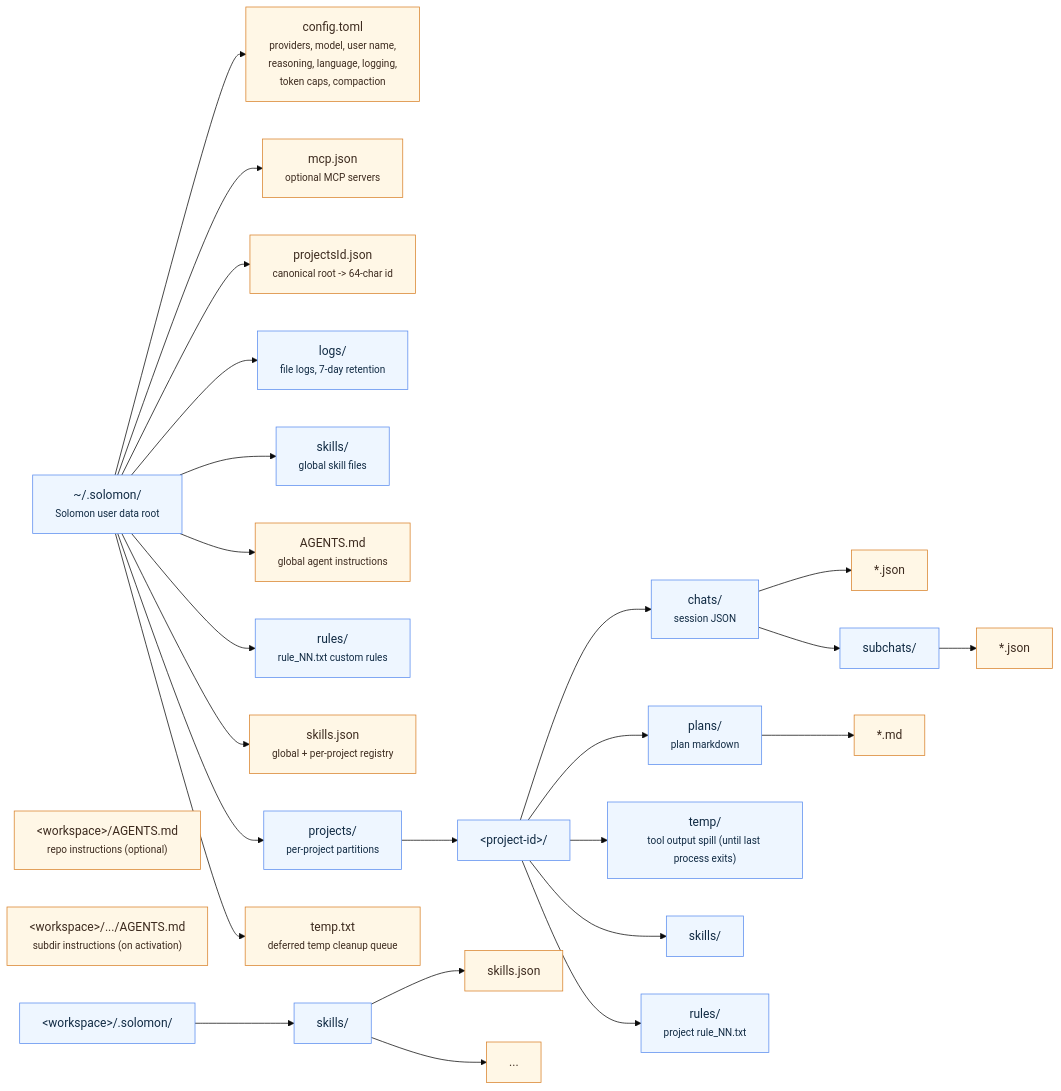
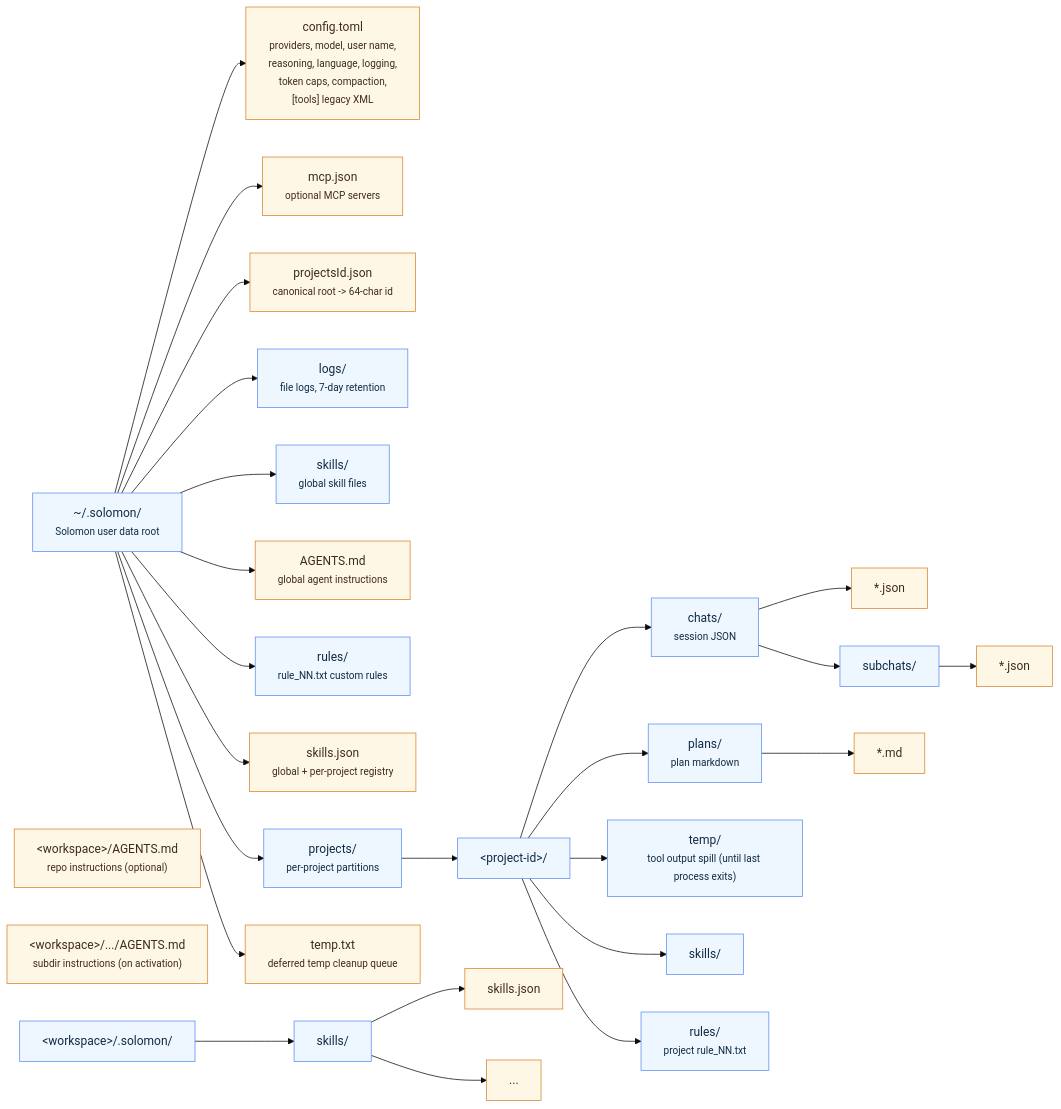
Before and after one commit to SAPPHIR3-ROS3/Solomon: the diagram in docs/user-guide/data-layout.md, drawn with Mermaid (base theme). The commit also changed other lines of this file and 38 other files, not shown here.

Commit message:
Add legacy XML tool calling with config, streaming parser, and docs.

````diff
--- a/docs/user-guide/data-layout.md
+++ b/docs/user-guide/data-layout.md
@@ -5,64 +5,64 @@
 ```mermaid
 flowchart LR
   home["~/.solomon/<br/><small>Solomon user data root</small>"]
 
-  config["config.toml<br/><small>providers, model, user name,<br/>reasoning, language, logging,<br/>token caps, compaction</small>"]
+  config["config.toml<br/><small>providers, model, user name,<br/>reasoning, language, logging,<br/>token caps, compaction,<br/>[tools] legacy XML</small>"]
   mcpConfig["mcp.json<br/><small>optional MCP servers</small>"]
   projectMap["projectsId.json<br/><small>canonical root -> 64-char id</small>"]
   logs["logs/<br/><small>file logs, 7-day retention</small>"]
   globalSkillsDir["skills/<br/><small>global skill files</small>"]
   globalAgents["AGENTS.md<br/><small>global agent instructions</small>"]
   globalRules["rules/<br/><small>rule_NN.txt custom rules</small>"]
   skillsRegistry["skills.json<br/><small>global + per-project registry</small>"]
 
   projects["projects/<br/><small>per-project partitions</small>"]
   projectNode["&lt;project-id&gt;/"]
   chats["chats/<br/><small>session JSON</small>"]
   chatFile["*.json"]
   subchats["subchats/"]
   subchatFile["*.json"]
   plans["plans/<br/><small>plan markdown</small>"]
   planFile["*.md"]
   temp["temp/<br/><small>tool output spill (until last process exits)</small>"]
   tempQueue["temp.txt<br/><small>deferred temp cleanup queue</small>"]
   projectSkills["skills/"]
   projectRules["rules/<br/><small>project rule_NN.txt</small>"]
 
   repoAgents["&lt;workspace&gt;/AGENTS.md<br/><small>repo instructions (optional)</small>"]
   repoSubAgents["&lt;workspace&gt;/.../AGENTS.md<br/><small>subdir instructions (on activation)</small>"]
 
   workspaceRoot["&lt;workspace&gt;/.solomon/"]
   workspaceSkills["skills/"]
   localMirror["skills.json"]
   localFiles["..."]
 
   home --> config
   home --> mcpConfig
   home --> projectMap
   home --> logs
   home --> tempQueue
   home --> globalSkillsDir
   home --> globalAgents
   home --> globalRules
   home --> skillsRegistry
   home --> projects
   projects --> projectNode
   projectNode --> chats
   chats --> chatFile
   chats --> subchats
   subchats --> subchatFile
   projectNode --> plans
   plans --> planFile
   projectNode --> temp
   projectNode --> projectSkills
   projectNode --> projectRules
 
   workspaceRoot --> workspaceSkills
   workspaceSkills --> localMirror
   workspaceSkills --> localFiles
 
   classDef folder fill:#eef6ff,stroke:#5b8def,color:#102a43
   classDef file fill:#fff7e6,stroke:#d9822b,color:#3d2b1f
   class home,logs,globalSkillsDir,globalRules,projects,projectNode,chats,subchats,plans,temp,projectSkills,projectRules,workspaceRoot,workspaceSkills folder
   class config,mcpConfig,projectMap,skillsRegistry,tempQueue,chatFile,subchatFile,planFile,localMirror,localFiles,globalAgents,repoAgents,repoSubAgents file
 ```
````
